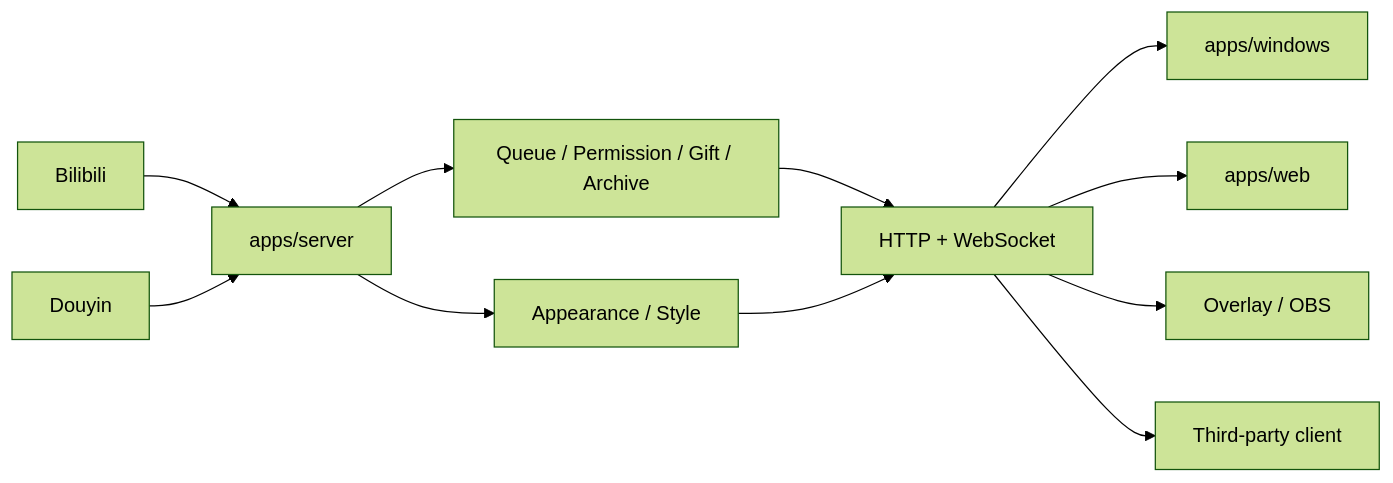
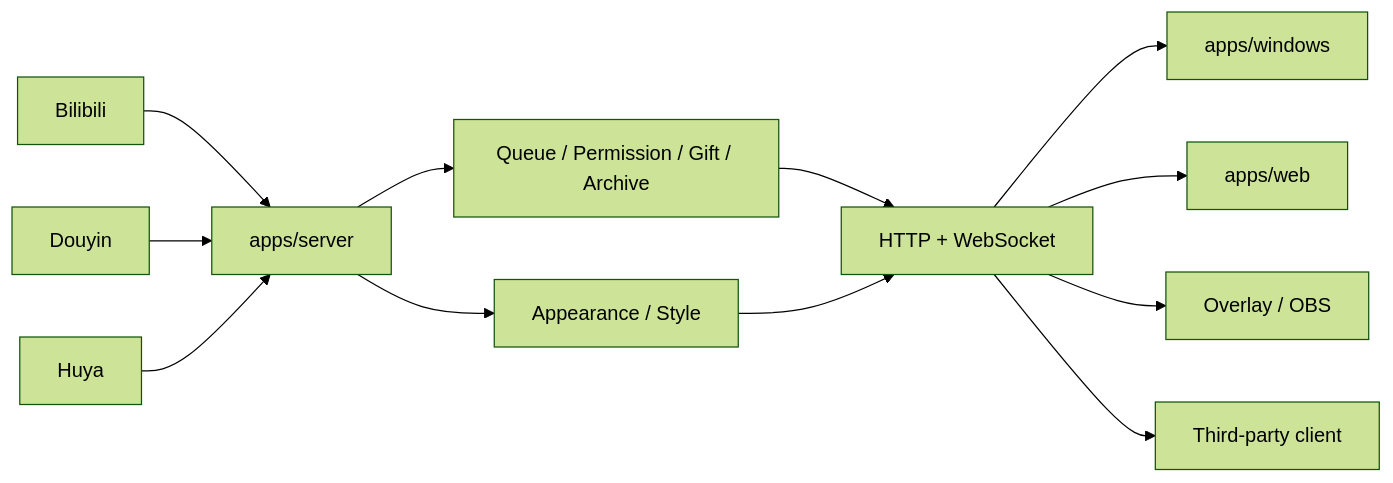
The diagram in README.md (ZzzHe2333/bilipdj), drawn with Mermaid (forest theme) before and after one commit. The commit also changed other lines of this file, not shown here.

Commit message:
docs(huya): promote Huya in project README (#115)

````diff
--- a/README.md
+++ b/README.md
@@ -202,13 +202,14 @@
 ```mermaid
 flowchart LR
     B[Bilibili] --> S[apps/server]
     D[Douyin] --> S
+    H[Huya] --> S
     S --> Q[Queue / Permission / Gift / Archive]
     S --> A[Appearance / Style]
     Q --> API[HTTP + WebSocket]
     A --> API
     API --> W[apps/windows]
     API --> WEB[apps/web]
     API --> OBS[Overlay / OBS]
     API --> C[Third-party client]
 ```
````
